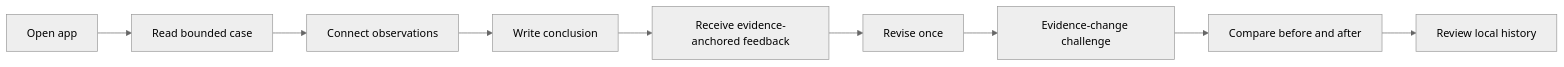
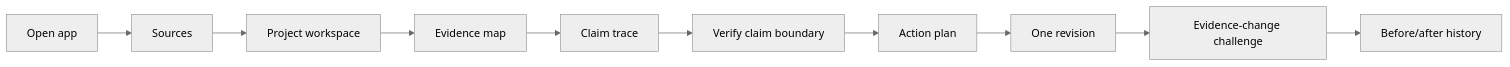
One commit to AndroLay/evidrilo changed the first of 2 diagrams in README.md. Above: the diagram before and after it, drawn with Mermaid (neutral theme). The commit also changed other lines of this file, not shown here.

````diff
--- a/README.md
+++ b/README.md
@@ -37,11 +59,12 @@
 ```mermaid
 flowchart LR
-    A[Open app] --> B[Read bounded case]
-    B --> C[Connect observations]
-    C --> D[Write conclusion]
-    D --> E[Receive evidence-anchored feedback]
-    E --> F[Revise once]
-    F --> G[Evidence-change challenge]
-    G --> H[Compare before and after]
-    H --> I[Review local history]
+    A[Open app] --> B[Sources]
+    B --> C[Project workspace]
+    C --> D[Evidence map]
+    D --> E[Claim trace]
+    E --> F[Verify claim boundary]
+    F --> G[Action plan]
+    G --> H[One revision]
+    H --> I[Evidence-change challenge]
+    I --> J[Before/after history]
 ```
````
